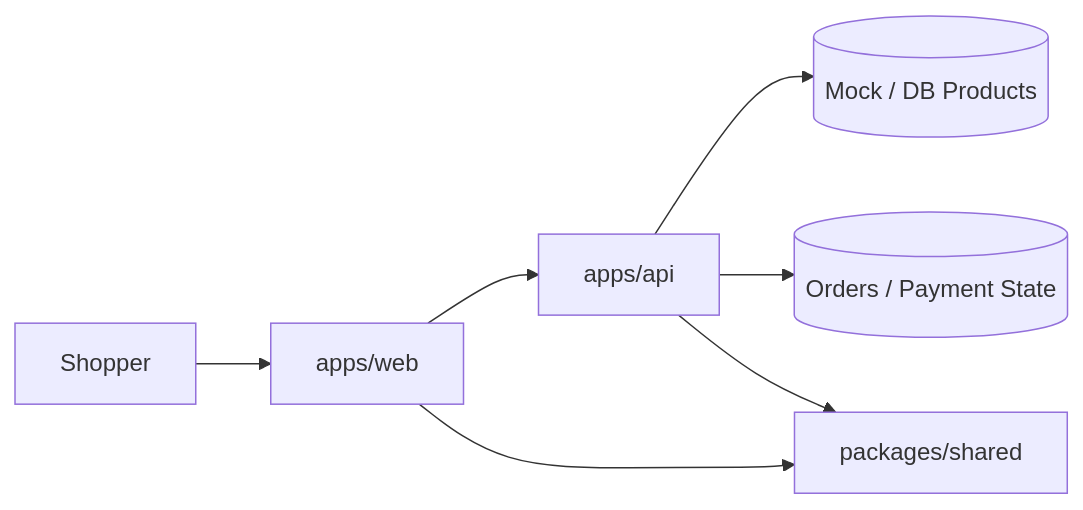
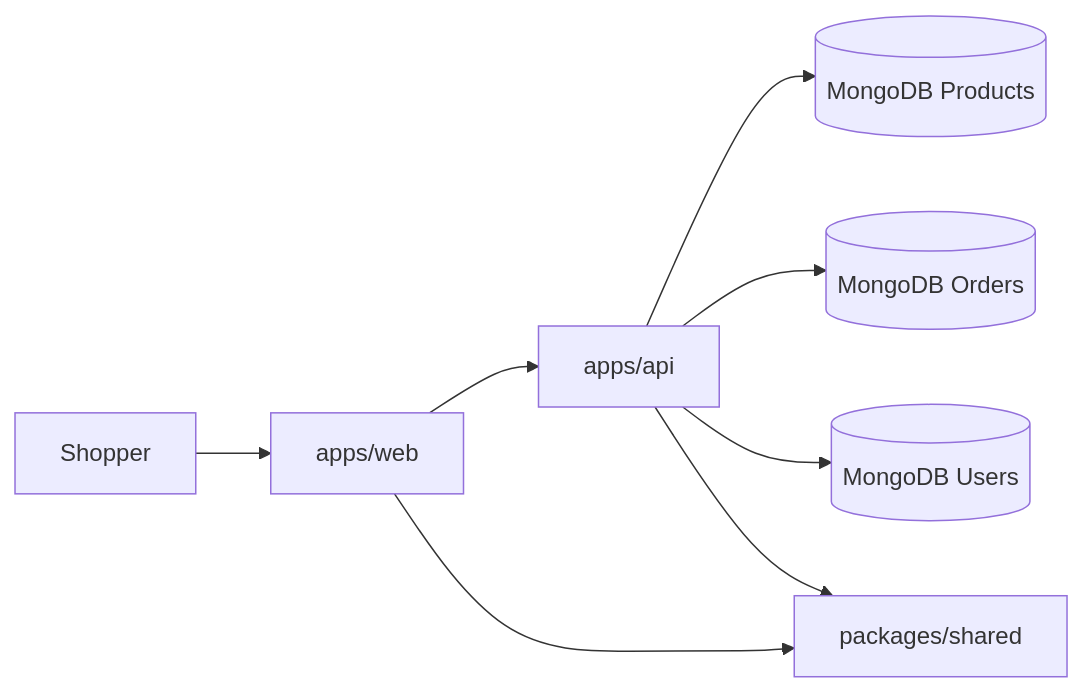
One commit to YosephAwoke/JMart changed the diagram in README.md. Above: the diagram before and after it, drawn with Mermaid. The commit also changed other lines of this file, not shown here.

````diff
--- a/README.md
+++ b/README.md
@@ -31,9 +35,10 @@
 ```mermaid
 flowchart LR
 	User[Shopper] --> Web[apps/web]
 	Web --> API[apps/api]
-	API --> Products[(Mock / DB Products)]
-	API --> Orders[(Orders / Payment State)]
+	API --> Products[(MongoDB Products)]
+	API --> Orders[(MongoDB Orders)]
+	API --> Auth[(MongoDB Users)]
 	Web --> Shared[packages/shared]
 	API --> Shared
 ```
````
